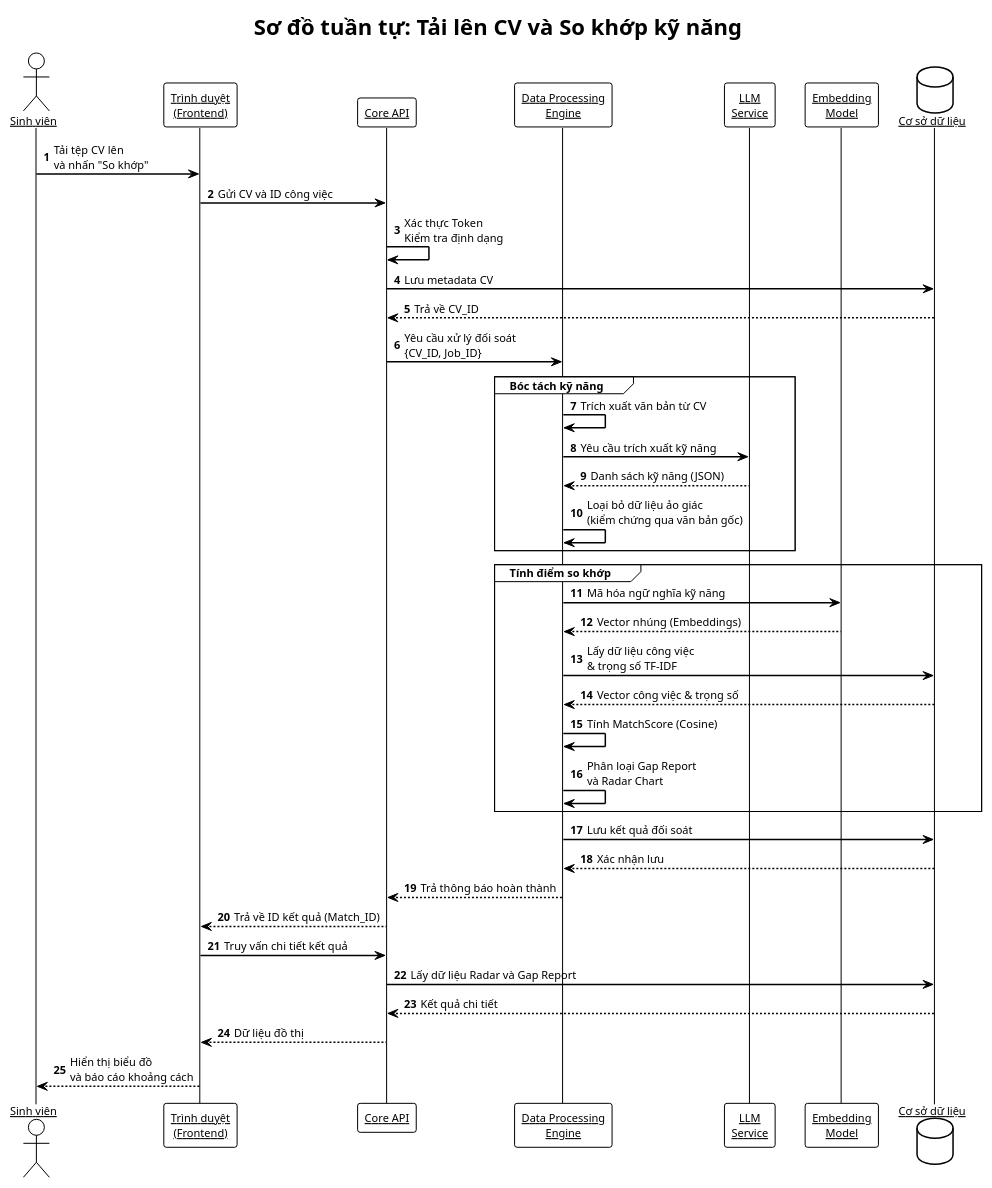
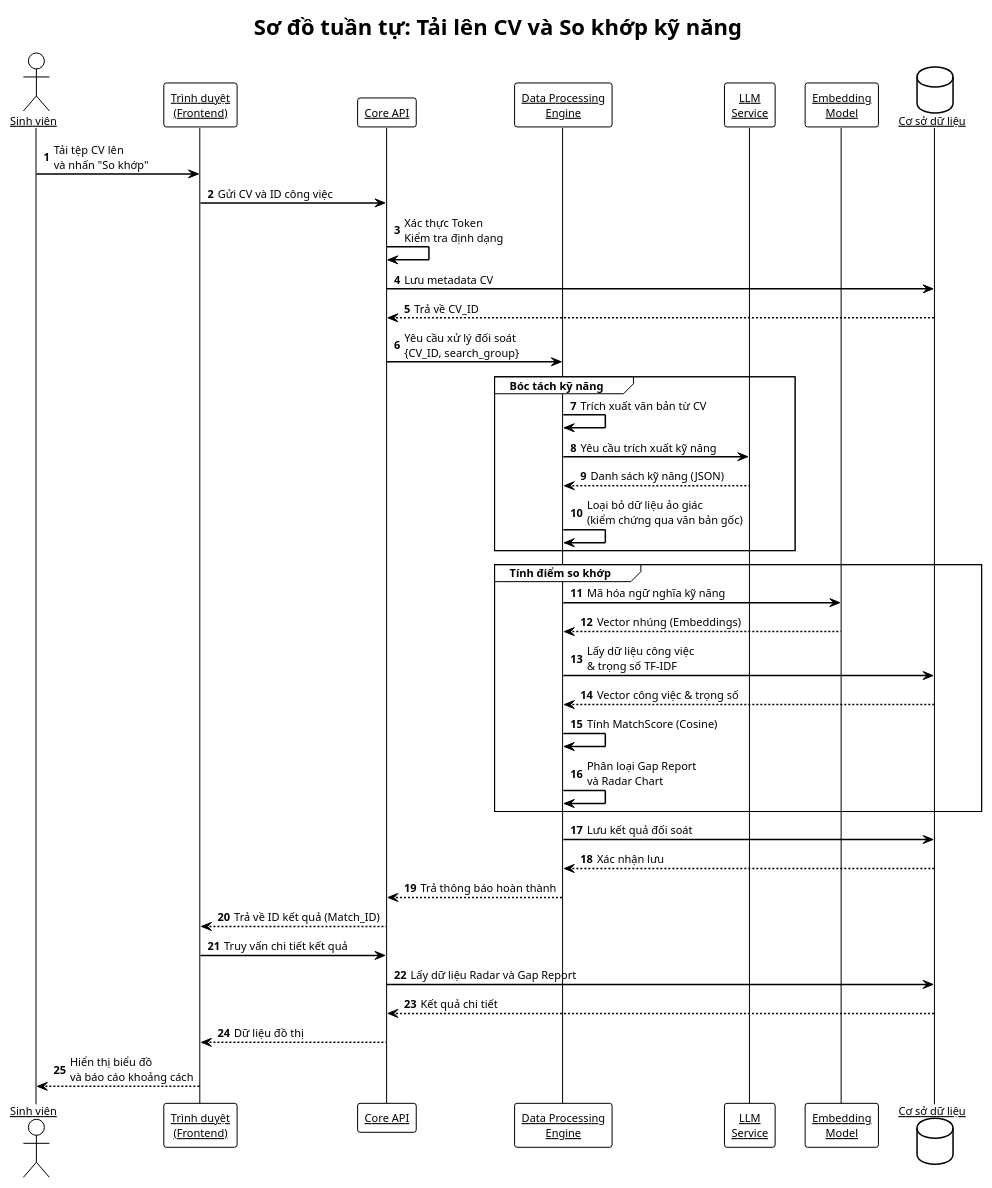
Before and after one commit to Myy1112/082026: the diagram in SourceCode/diagrams/cv_upload_sequence.puml, drawn with PlantUML. The commit also changed 36 other files, not shown here.

Commit message:
feat: update technical documentation with new system diagrams and revised chapter content

```diff
--- a/SourceCode/diagrams/cv_upload_sequence.puml
+++ b/SourceCode/diagrams/cv_upload_sequence.puml
@@ -1,57 +1,57 @@
 @startuml cv_upload_sequence
 !theme plain
 skinparam defaultFontSize 11
 skinparam defaultFontName Arial
 skinparam backgroundColor #FFFFFF
 skinparam sequenceArrowThickness 1.5
 skinparam sequenceParticipant underline
 skinparam sequenceBoxBackgroundColor #F5F5F5
 
 title Sơ đồ tuần tự: Tải lên CV và So khớp kỹ năng
 
 actor       "Sinh viên"              as User
 participant "Trình duyệt\n(Frontend)"       as FE
 participant "Core API"               as API
 participant "Data Processing\nEngine" as ETL
 participant "LLM\nService"           as GEMINI
 participant "Embedding\nModel"       as EMBED
 database    "Cơ sở dữ liệu"          as DB
 
 autonumber
 
 User -> FE   : Tải tệp CV lên\nvà nhấn "So khớp"
 FE   -> API  : Gửi CV và ID công việc
 API  -> API  : Xác thực Token\nKiểm tra định dạng
 API  -> DB   : Lưu metadata CV
 DB  --> API  : Trả về CV_ID
 
-API  -> ETL  : Yêu cầu xử lý đối soát\n{CV_ID, Job_ID}
+API  -> ETL  : Yêu cầu xử lý đối soát\n{CV_ID, search_group}
 
 group Bóc tách kỹ năng
     ETL -> ETL    : Trích xuất văn bản từ CV
     ETL -> GEMINI : Yêu cầu trích xuất kỹ năng
     GEMINI --> ETL : Danh sách kỹ năng (JSON)
     ETL -> ETL    : Loại bỏ dữ liệu ảo giác\n(kiểm chứng qua văn bản gốc)
 end
 
 group Tính điểm so khớp
     ETL -> EMBED  : Mã hóa ngữ nghĩa kỹ năng
     EMBED --> ETL : Vector nhúng (Embeddings)
     ETL -> DB     : Lấy dữ liệu công việc\n& trọng số TF-IDF
     DB  --> ETL   : Vector công việc & trọng số
     ETL -> ETL    : Tính MatchScore (Cosine)
     ETL -> ETL    : Phân loại Gap Report\nvà Radar Chart
 end
 
 ETL -> DB    : Lưu kết quả đối soát
 DB --> ETL   : Xác nhận lưu
 
 ETL --> API  : Trả thông báo hoàn thành
 API --> FE   : Trả về ID kết quả (Match_ID)
 
 FE   -> API  : Truy vấn chi tiết kết quả
 API  -> DB   : Lấy dữ liệu Radar và Gap Report
 DB  --> API  : Kết quả chi tiết
 API --> FE   : Dữ liệu đồ thị
 FE  --> User : Hiển thị biểu đồ\nvà báo cáo khoảng cách
 @enduml
```
